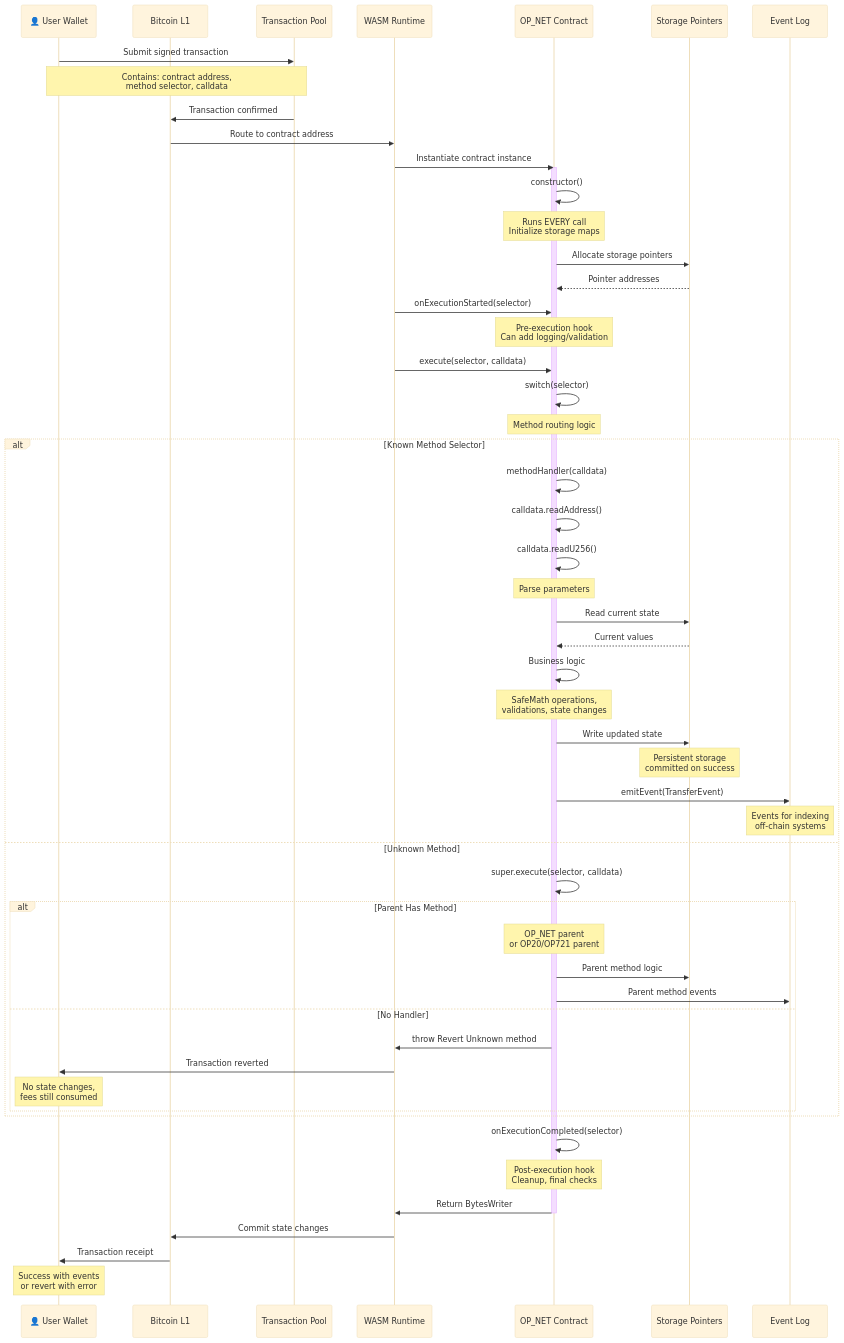
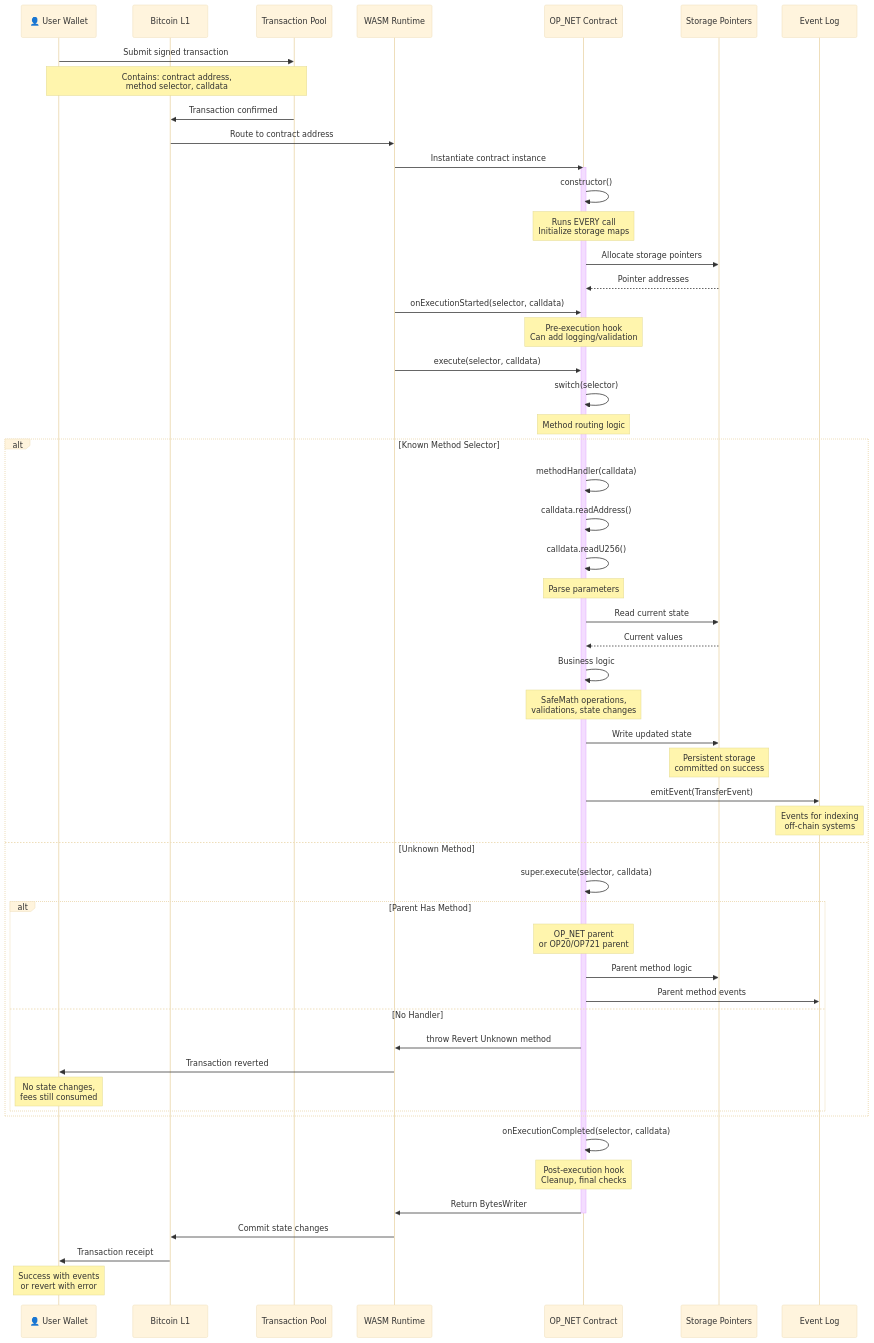
Before and after one commit to btc-vision/btc-runtime: the third of 3 diagrams in docs/contracts/op-net-base.md, drawn with Mermaid (base theme). The commit also changed other lines of this file and 30 other files, not shown here.

````diff
--- a/docs/contracts/op-net-base.md
+++ b/docs/contracts/op-net-base.md
@@ -263,76 +278,76 @@
 ```mermaid
 sequenceDiagram
     participant User as 👤 User Wallet
     participant Blockchain as Bitcoin L1
     participant TxPool as Transaction Pool
     participant VM as WASM Runtime
     participant Contract as OP_NET Contract
     participant Storage as Storage Pointers
     participant EventLog as Event Log
 
     User->>TxPool: Submit signed transaction
     Note over User,TxPool: Contains: contract address,<br/>method selector, calldata
 
     TxPool->>Blockchain: Transaction confirmed
     Blockchain->>VM: Route to contract address
 
     VM->>Contract: Instantiate contract instance
     activate Contract
 
     Contract->>Contract: constructor()
     Note over Contract: Runs EVERY call<br/>Initialize storage maps
 
     Contract->>Storage: Allocate storage pointers
     Storage-->>Contract: Pointer addresses
 
-    VM->>Contract: onExecutionStarted(selector)
+    VM->>Contract: onExecutionStarted(selector, calldata)
     Note over Contract: Pre-execution hook<br/>Can add logging/validation
 
     VM->>Contract: execute(selector, calldata)
 
     Contract->>Contract: switch(selector)
     Note over Contract: Method routing logic
 
     alt Known Method Selector
         Contract->>Contract: methodHandler(calldata)
 
         Contract->>Contract: calldata.readAddress()
         Contract->>Contract: calldata.readU256()
         Note over Contract: Parse parameters
 
         Contract->>Storage: Read current state
         Storage-->>Contract: Current values
 
         Contract->>Contract: Business logic
         Note over Contract: SafeMath operations,<br/>validations, state changes
 
         Contract->>Storage: Write updated state
         Note over Storage: Persistent storage<br/>committed on success
 
         Contract->>EventLog: emitEvent(TransferEvent)
         Note over EventLog: Events for indexing<br/>off-chain systems
 
     else Unknown Method
         Contract->>Contract: super.execute(selector, calldata)
 
         alt Parent Has Method
             Note over Contract: OP_NET parent<br/>or OP20/OP721 parent
             Contract->>Storage: Parent method logic
             Contract->>EventLog: Parent method events
         else No Handler
             Contract->>VM: throw Revert Unknown method
             VM->>User: Transaction reverted
             Note over User: No state changes,<br/>fees still consumed
         end
     end
 
-    Contract->>Contract: onExecutionCompleted(selector)
+    Contract->>Contract: onExecutionCompleted(selector, calldata)
     Note over Contract: Post-execution hook<br/>Cleanup, final checks
 
     Contract->>VM: Return BytesWriter
     deactivate Contract
 
     VM->>Blockchain: Commit state changes
     Blockchain->>User: Transaction receipt
     Note over User: Success with events<br/>or revert with error
 ```
````
